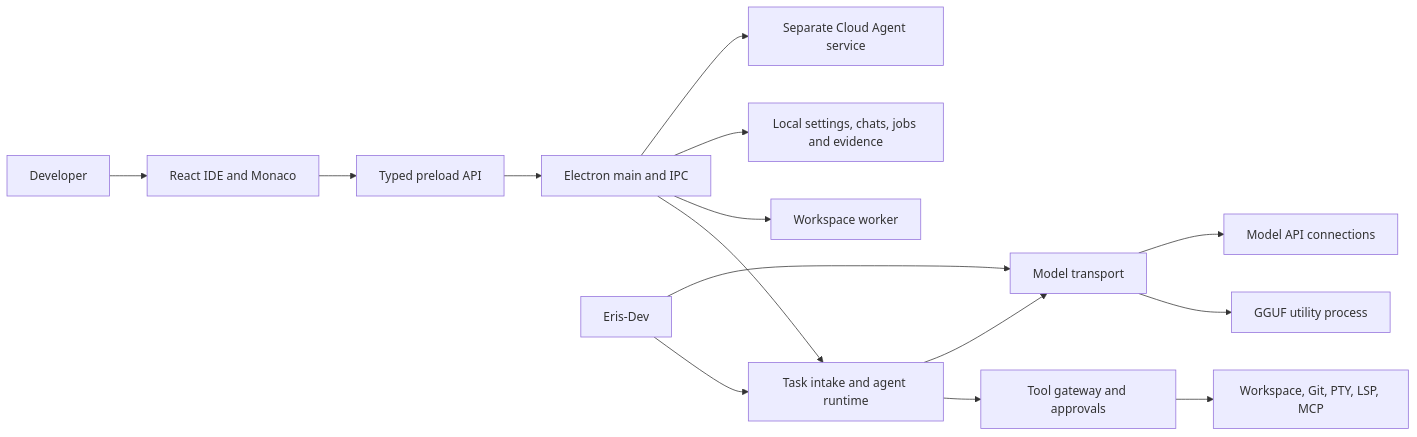
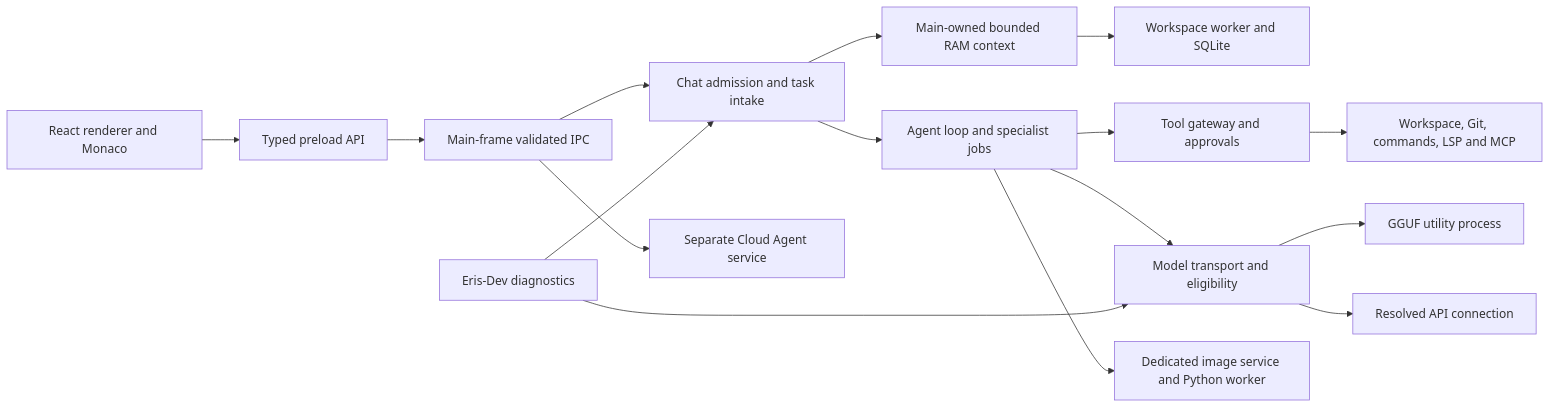
One commit to EricServices-Repo/Eris changed the diagram in docs/ARCHITECTURE.md. Above: the diagram before and after it, drawn with Mermaid. The commit also changed other lines of this file and 28 other files, not shown here.

Commit message:
docs: document agent architecture and v1.0.1 release readiness

````diff
--- a/docs/ARCHITECTURE.md
+++ b/docs/ARCHITECTURE.md
@@ -51,17 +9,18 @@
 ```mermaid
 flowchart LR
-  User[Developer] --> Renderer[React IDE and Monaco]
-  Renderer --> Preload[Typed preload API]
-  Preload --> Main[Electron main and IPC]
-  Main --> Turn[Task intake and agent runtime]
-  Turn --> Gateway[Tool gateway and approvals]
-  Gateway --> Workspace[Workspace, Git, PTY, LSP, MCP]
-  Turn --> Transport[Model transport]
-  Transport --> Native[GGUF utility process]
-  Transport --> API[Model API connections]
-  Main --> Worker[Workspace worker]
-  Main --> Store[Local settings, chats, jobs and evidence]
-  Main --> Cloud[Separate Cloud Agent service]
-  Dev[Eris-Dev] --> Turn
-  Dev --> Transport
+  UI[React renderer and Monaco] --> Preload[Typed preload API]
+  Preload --> IPC[Main-frame validated IPC]
+  IPC --> Intake[Chat admission and task intake]
+  Intake --> Context[Main-owned bounded RAM context]
+  Context --> DB[Workspace worker and SQLite]
+  Intake --> Agent[Agent loop and specialist jobs]
+  Agent --> Gateway[Tool gateway and approvals]
+  Gateway --> Host[Workspace, Git, commands, LSP and MCP]
+  Agent --> Wire[Model transport and eligibility]
+  Wire --> Native[GGUF utility process]
+  Wire --> API[Resolved API connection]
+  Agent --> Images[Dedicated image service and Python worker]
+  IPC --> Cloud[Separate Cloud Agent service]
+  Dev[Eris-Dev diagnostics] --> Intake
+  Dev --> Wire
 ```
````
